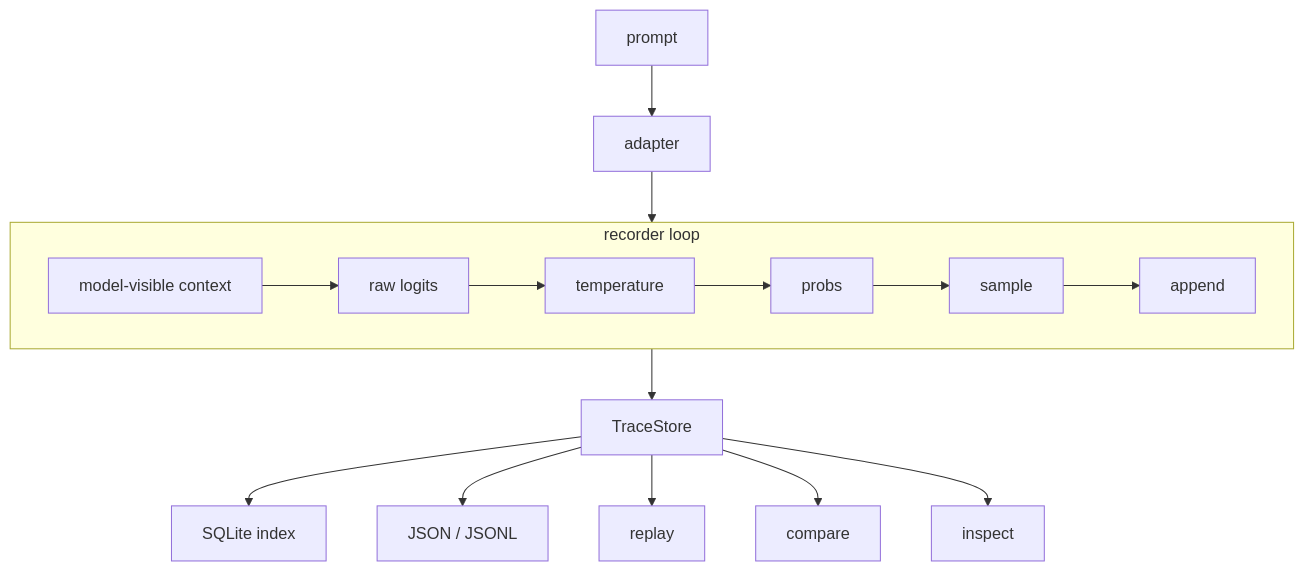
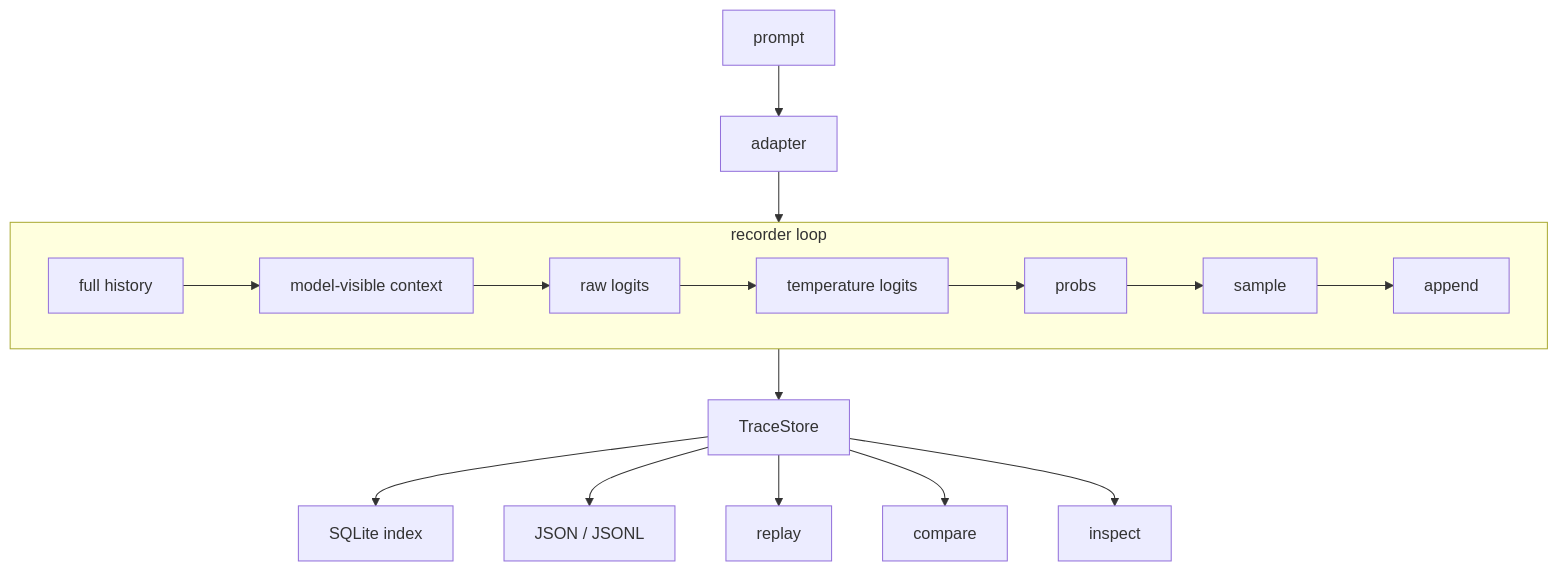
The first of 2 diagrams in README.md (sivaratrisrinivas/llm-flight-recorder), drawn with Mermaid before and after one commit. The commit also changed 1 other file, not shown here.

Commit message:
Show full history first in the README recorder-loop diagram
Match RECORDER_PIPELINE and ADR 0004: full history, then model-visible
context, raw logits, temperature logits, probs, sample, append.

````diff
--- a/README.md
+++ b/README.md
@@ -15,19 +15,20 @@
 ```mermaid
 flowchart TD
   prompt[prompt] --> adapter[adapter]
   adapter --> rec
   subgraph rec [recorder loop]
     direction LR
-    vis[model-visible context] --> raw[raw logits]
-    raw --> temp[temperature]
+    hist[full history] --> vis[model-visible context]
+    vis --> raw[raw logits]
+    raw --> temp[temperature logits]
     temp --> probs[probs]
     probs --> sample[sample]
     sample --> append[append]
   end
   rec --> store[TraceStore]
   store --> sqlite[SQLite index]
   store --> files[JSON / JSONL]
   store --> replay[replay]
   store --> compare[compare]
   store --> inspect[inspect]
 ```
````
